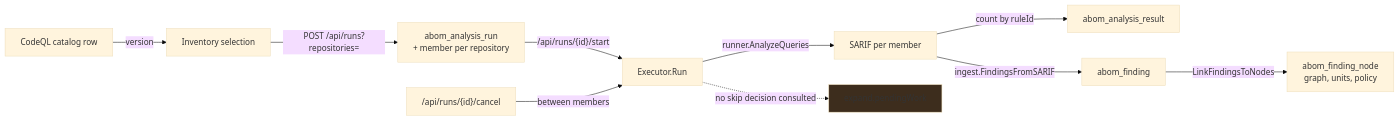
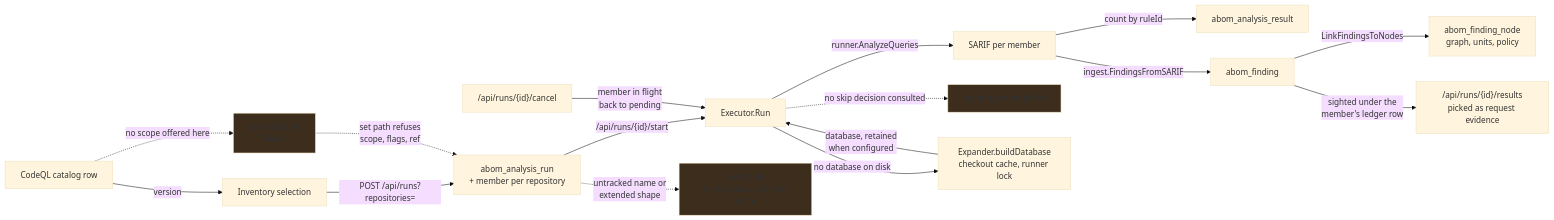
One commit to advanced-security/codeql-abom changed the diagram in plans/api/on-demand-analysis.md. Above: the diagram before and after it, drawn with Mermaid (base theme). The commit also changed other lines of this file and 60 other files, not shown here.

Commit message:
feat(QLaaS): build CodeQL databases as need for query runs

````diff
--- a/plans/api/on-demand-analysis.md
+++ b/plans/api/on-demand-analysis.md
@@ -34,13 +36,21 @@
 ```mermaid
 flowchart LR
     CAT["CodeQL catalog row"] -->|"version"| INV["Inventory selection"]
     INV -->|"POST /api/runs?repositories="| REC["abom_analysis_run<br/>+ member per repository"]
     REC -->|"/api/runs/{id}/start"| EXEC["Executor.Run"]
     EXEC -->|"runner.AnalyzeQueries"| SARIF["SARIF per member"]
     SARIF -->|"count by ruleId"| RES["abom_analysis_result"]
     SARIF -->|"ingest.FindingsFromSARIF"| FIND["abom_finding"]
     FIND -->|"LinkFindingsToNodes"| NODE["abom_finding_node<br/>graph, units, policy"]
-    STOP["/api/runs/{id}/cancel"] -->|"between members"| EXEC
+    STOP["/api/runs/{id}/cancel"] -->|"member in flight<br/>back to pending"| EXEC
     EXEC -. "no skip decision consulted" .-> PEND["expand.pendingWork"]
+    EXEC -->|"no database on disk"| BUILD["Expander.buildDatabase<br/>checkout cache, runner lock"]
+    BUILD -->|"database, retained<br/>when configured"| EXEC
+    REC -. "untracked name or<br/>extended shape" .-> NOBUILD["never built:<br/>no database, with the reason"]
+    FIND -->|"sighted under the<br/>member's ledger row"| PICK["/api/runs/{id}/results<br/>picked as request evidence"]
+    CAT -. "no scope offered here" .-> NAMED["named scope<br/>?view="]
+    NAMED -. "set path refuses<br/>scope, flags, ref" .-> REC
     style PEND fill:#3d2d1d
+    style NOBUILD fill:#3d2d1d
+    style NAMED fill:#3d2d1d
 ```
````
